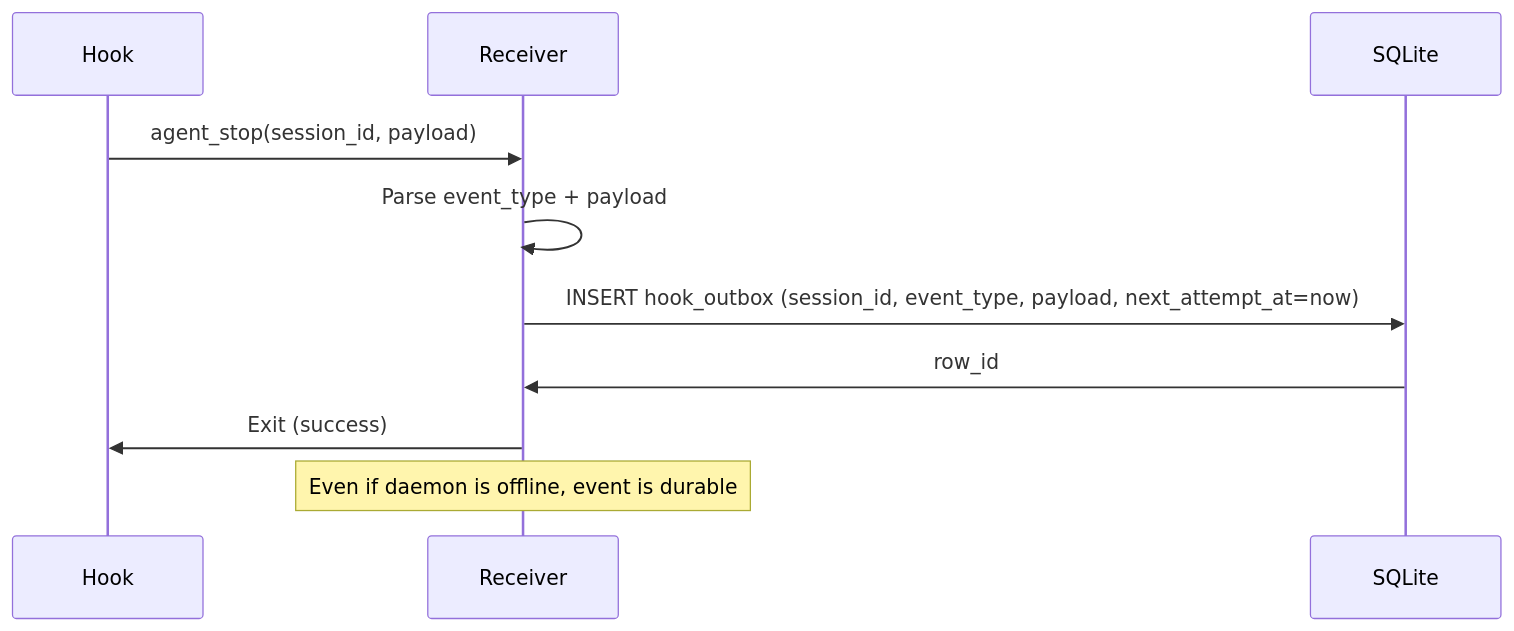
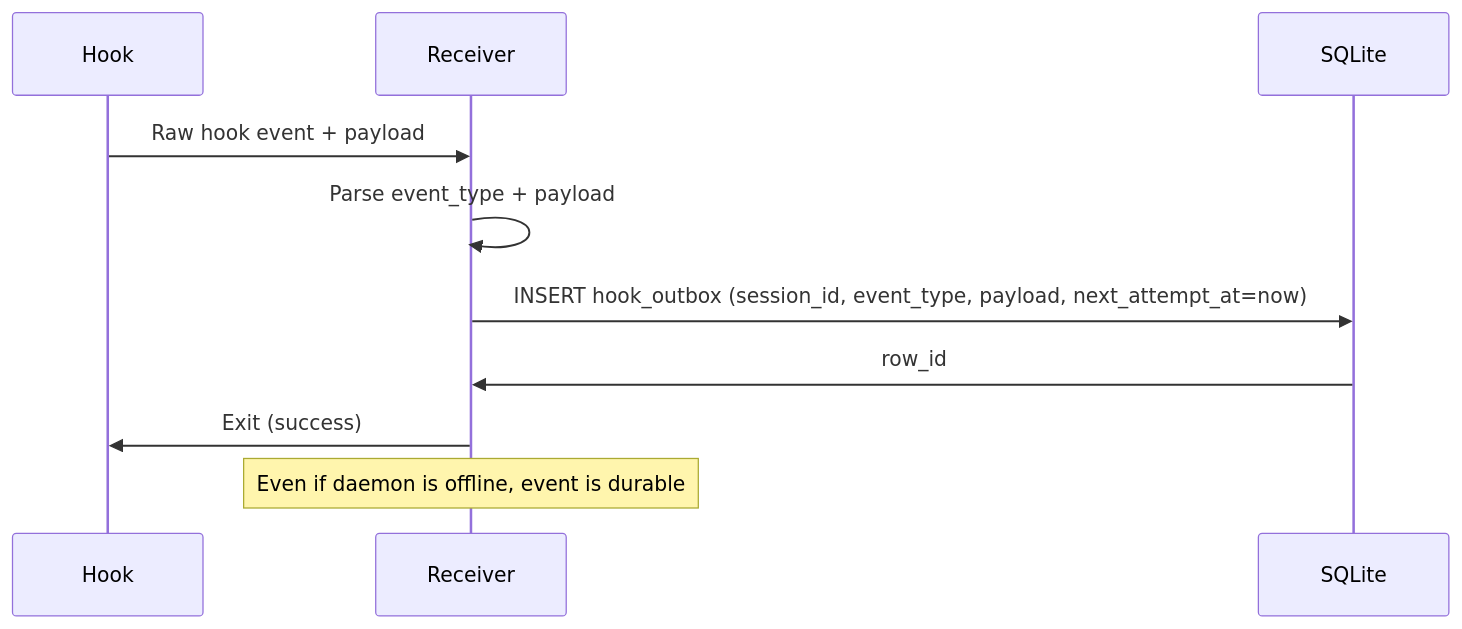
Before and after one commit to InstruktAI/TeleClaude: the second of 3 diagrams in docs/project/design/architecture/outbox.md, drawn with Mermaid. The commit also changed other lines of this file and 12 other files, not shown here.

Commit message:
docs: align hook event lifecycle docs with receiver behavior

````diff
--- a/docs/project/design/architecture/outbox.md
+++ b/docs/project/design/architecture/outbox.md
@@ -71,13 +71,13 @@
 ```mermaid
 sequenceDiagram
     participant Hook
     participant Receiver
     participant SQLite
 
-    Hook->>Receiver: agent_stop(session_id, payload)
+    Hook->>Receiver: Raw hook event + payload
     Receiver->>Receiver: Parse event_type + payload
     Receiver->>SQLite: INSERT hook_outbox (session_id, event_type, payload, next_attempt_at=now)
     SQLite->>Receiver: row_id
     Receiver->>Hook: Exit (success)
     Note over Receiver: Even if daemon is offline, event is durable
 ```
````
